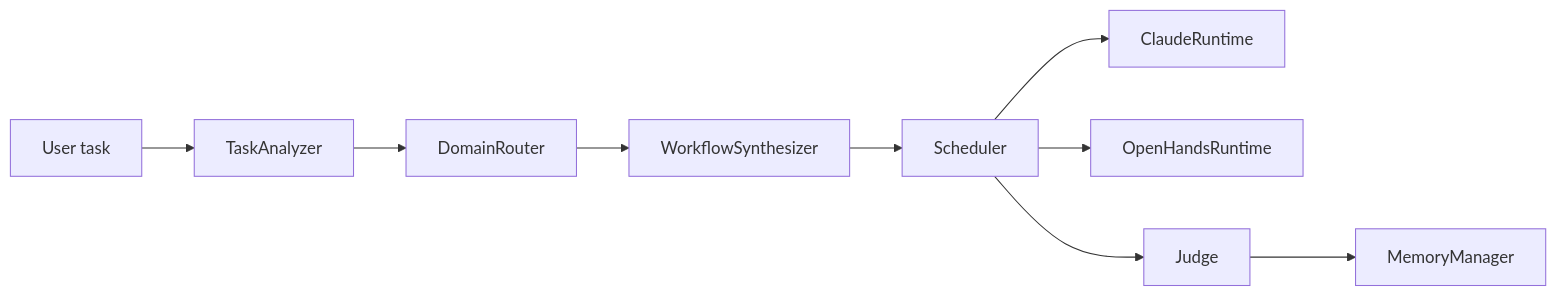
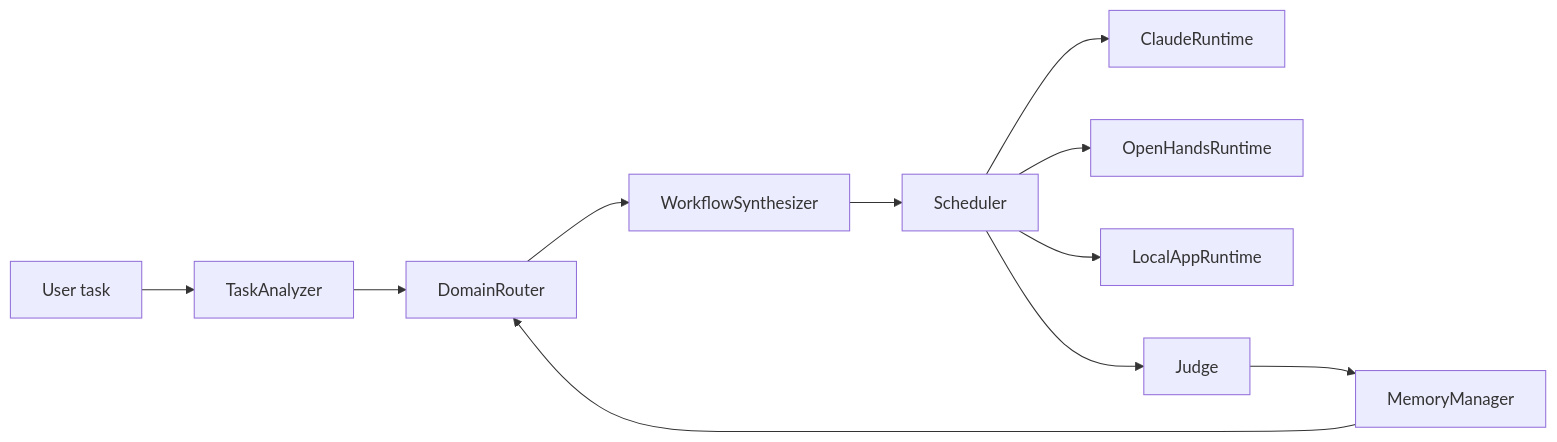
Before and after one commit to billion-token-one-task/MetaWorkflow: the diagram in README.md, drawn with Mermaid. The commit also changed other lines of this file, not shown here.

Commit message:
Expand README with usage, harness, evolution, and real-task docs

````diff
--- a/README.md
+++ b/README.md
@@ -22,11 +57,13 @@
 ```mermaid
 flowchart LR
-  T[User task] --> A[TaskAnalyzer]
+  U[User task] --> A[TaskAnalyzer]
   A --> R[DomainRouter]
   R --> W[WorkflowSynthesizer]
   W --> S[Scheduler]
   S --> C[ClaudeRuntime]
   S --> O[OpenHandsRuntime]
+  S --> L[LocalAppRuntime]
   S --> J[Judge]
   J --> M[MemoryManager]
+  M --> R
 ```
````
